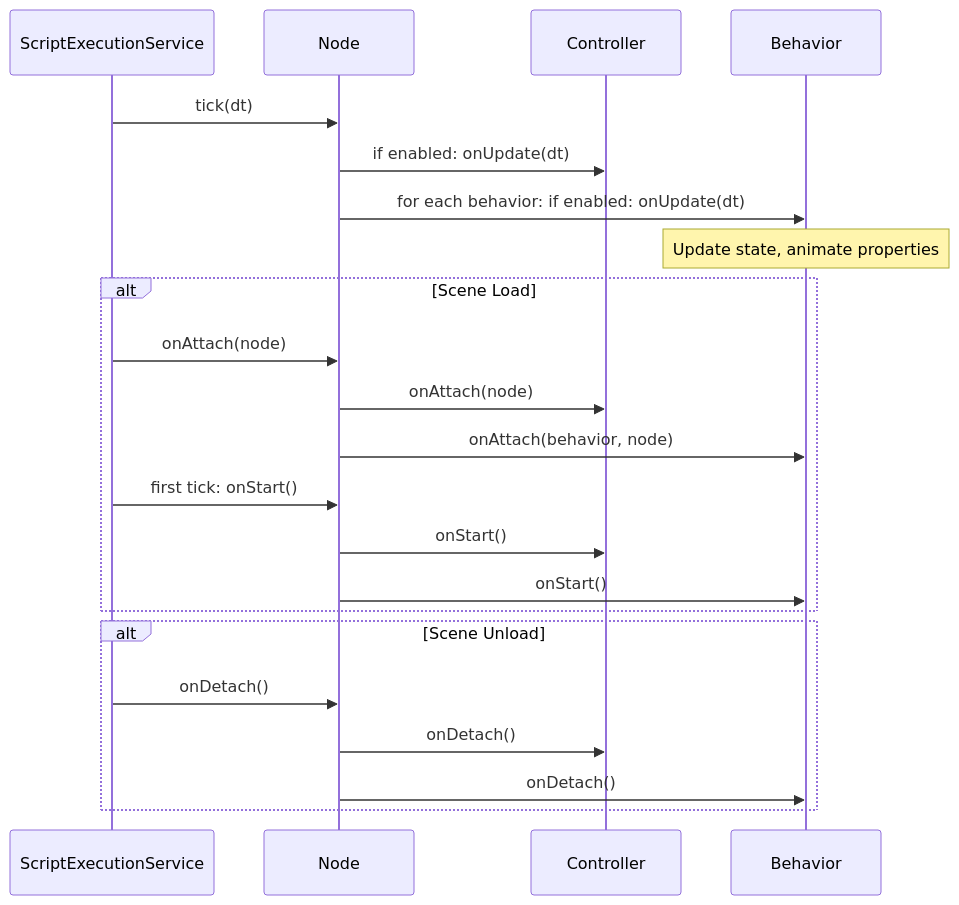
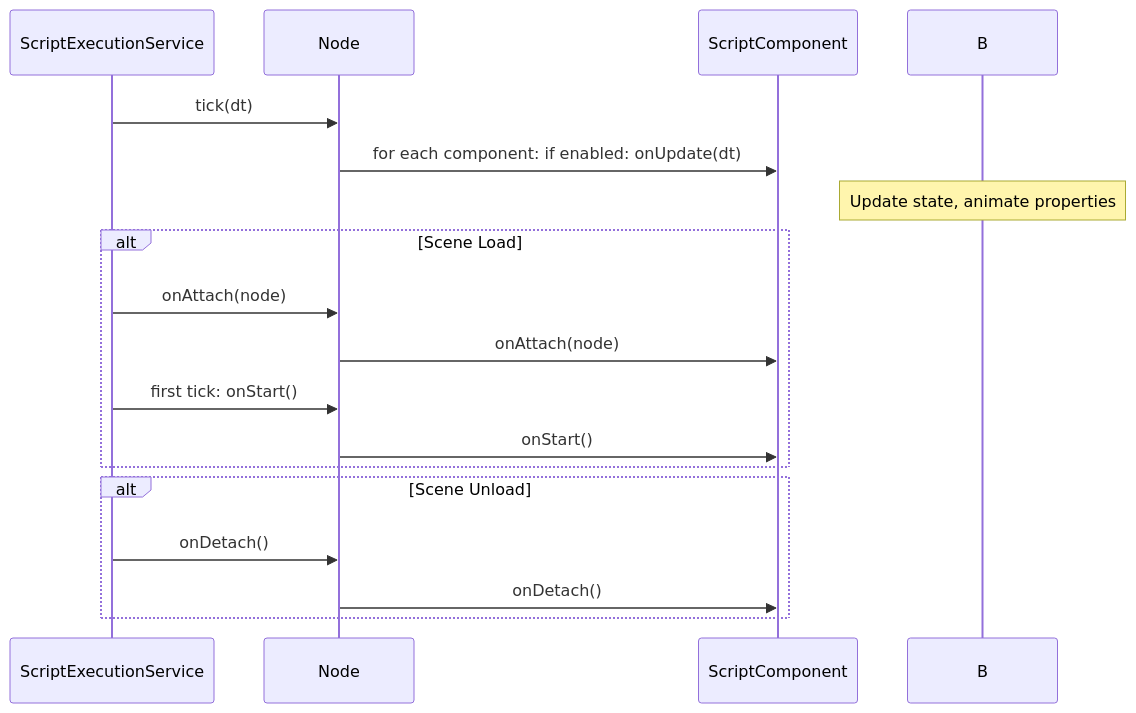
The fourth of 7 diagrams in docs/architecture.md (pix3dev/pix3-core), drawn with Mermaid before and after one commit. The commit also changed other lines of this file and 2 other files, not shown here.

Commit message:
feat: unify script component system and update component registration in documentation and code

````diff
--- a/docs/architecture.md
+++ b/docs/architecture.md
@@ -441,27 +441,22 @@
 ```mermaid
 sequenceDiagram
   participant S as ScriptExecutionService
   participant N as Node
-  participant C as Controller
-  participant B as Behavior
+  participant C as ScriptComponent
 
   S->>N: tick(dt)
-  N->>C: if enabled: onUpdate(dt)
-  N->>B: for each behavior: if enabled: onUpdate(dt)
+  N->>C: for each component: if enabled: onUpdate(dt)
   Note over B: Update state, animate properties
 
   alt Scene Load
     S->>N: onAttach(node)
     N->>C: onAttach(node)
-    N->>B: onAttach(behavior, node)
     S->>N: first tick: onStart()
     N->>C: onStart()
-    N->>B: onStart()
   end
 
   alt Scene Unload
     S->>N: onDetach()
     N->>C: onDetach()
-    N->>B: onDetach()
   end
 ```
````
